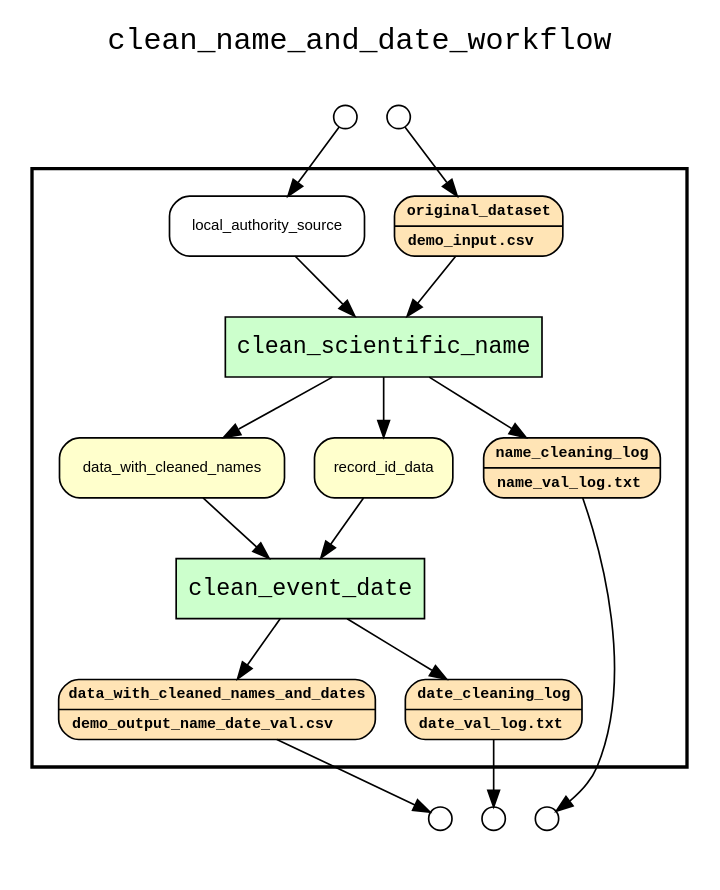
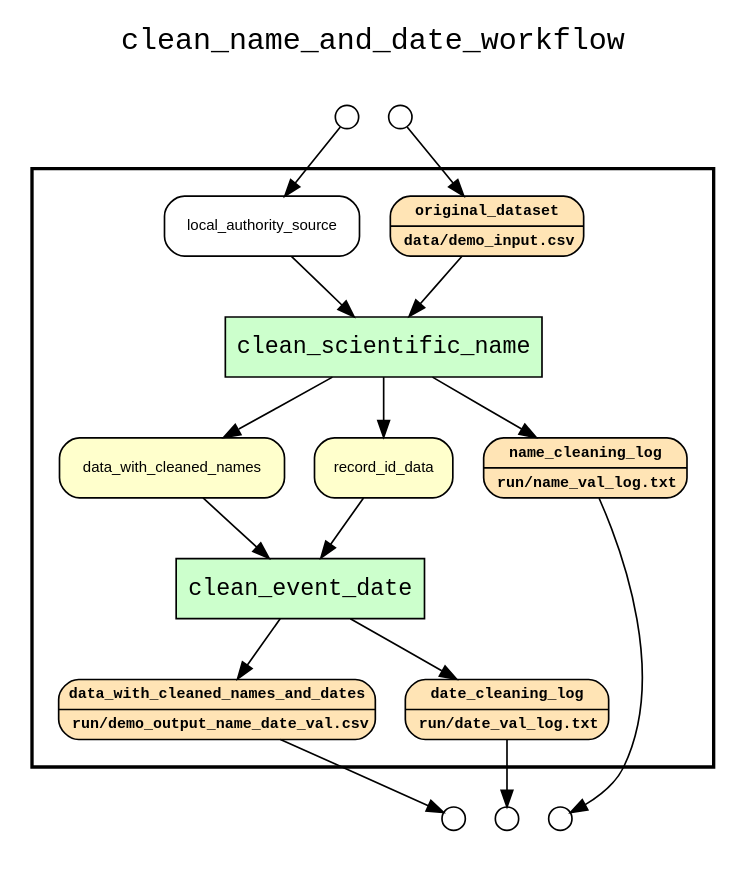
One commit to LanLi2017/yw-idcc-17 changed the diagram in examples/kurator-SPNHC16-YW-xsb/results/wf_recon_complete_graph_all_observables.gv. Above: the diagram before and after it, drawn with Graphviz. The commit also changed 58 other files, not shown here.

```diff
--- a/examples/kurator-SPNHC16-YW-xsb/results/wf_recon_complete_graph_all_observables.gv
+++ b/examples/kurator-SPNHC16-YW-xsb/results/wf_recon_complete_graph_all_observables.gv
@@ -1,51 +1,51 @@
 
 digraph yw_data_view {
 rankdir=TB
 fontname=Courier; fontsize=18; labelloc=t
 label="clean_name_and_date_workflow"
 subgraph cluster_workflow { label=""; color=black; penwidth=2
 subgraph cluster_workflow_inner { label=""; color=white
 node[shape=box style="filled" fillcolor="#CCFFCC" peripheries=1 fontname=Courier]
 node[shape=box style="filled" fillcolor="#CCFFCC" peripheries=1 fontname=Courier]
 clean_scientific_name
 clean_event_date
 node[shape=box style="rounded,filled" fillcolor="#FFE4B5" peripheries=1 fontname="Courier-Bold" fontsize=9]
-original_dataset[shape=record rankdir=LR label="{<f0> original_dataset |<f1>demo_input.csv\l}"]
+original_dataset[shape=record rankdir=LR label="{<f0> original_dataset |<f1>data/demo_input.csv\l}"]
 node[shape=box style="rounded,filled" fillcolor="#FFFFCC" peripheries=1 fontname=Helvetica]
 data_with_cleaned_names
 record_id_data
 node[shape=box style="rounded,filled" fillcolor="#FFE4B5" peripheries=1 fontname="Courier-Bold" fontsize=9]
-name_cleaning_log[shape=record rankdir=LR label="{<f0> name_cleaning_log |<f1>name_val_log.txt\l}"]
-data_with_cleaned_names_and_dates[shape=record rankdir=LR label="{<f0> data_with_cleaned_names_and_dates |<f1>demo_output_name_date_val.csv\l}"]
-date_cleaning_log[shape=record rankdir=LR label="{<f0> date_cleaning_log |<f1>date_val_log.txt\l}"]
+name_cleaning_log[shape=record rankdir=LR label="{<f0> name_cleaning_log |<f1>run/name_val_log.txt\l}"]
+data_with_cleaned_names_and_dates[shape=record rankdir=LR label="{<f0> data_with_cleaned_names_and_dates |<f1>run/demo_output_name_date_val.csv\l}"]
+date_cleaning_log[shape=record rankdir=LR label="{<f0> date_cleaning_log |<f1>run/date_val_log.txt\l}"]
 node[shape=box style="rounded,filled" fillcolor="#FFFFFF" peripheries=1 fontname=Helvetica]
 local_authority_source
 }}
 subgraph cluster_inflows { label=""; color=white; penwidth=2
 subgraph cluster_inflows_inner { label=""; color=white
 node[shape=circle fillcolor="#FFFFFF" peripheries=1 width=0.2]
 original_dataset_inflow [label=""]
 local_authority_source_inflow [label=""]
 }}
 subgraph cluster_outflows { label=""; color=white; penwidth=2
 subgraph cluster_outflows_inner { label=""; color=white
 node[shape=circle fillcolor="#FFFFFF" peripheries=1 width=0.2]
 date_cleaning_log_outflow [label=""]
 data_with_cleaned_names_and_dates_outflow [label=""]
 name_cleaning_log_outflow [label=""]
 }}
 local_authority_source -> clean_scientific_name
 original_dataset -> clean_scientific_name
 data_with_cleaned_names -> clean_event_date
 record_id_data -> clean_event_date
 clean_scientific_name -> data_with_cleaned_names
 clean_scientific_name -> name_cleaning_log
 clean_scientific_name -> record_id_data
 clean_event_date -> data_with_cleaned_names_and_dates
 clean_event_date -> date_cleaning_log
 original_dataset_inflow -> original_dataset
 local_authority_source_inflow -> local_authority_source
 date_cleaning_log -> date_cleaning_log_outflow
 data_with_cleaned_names_and_dates -> data_with_cleaned_names_and_dates_outflow
 name_cleaning_log -> name_cleaning_log_outflow
 }
```
